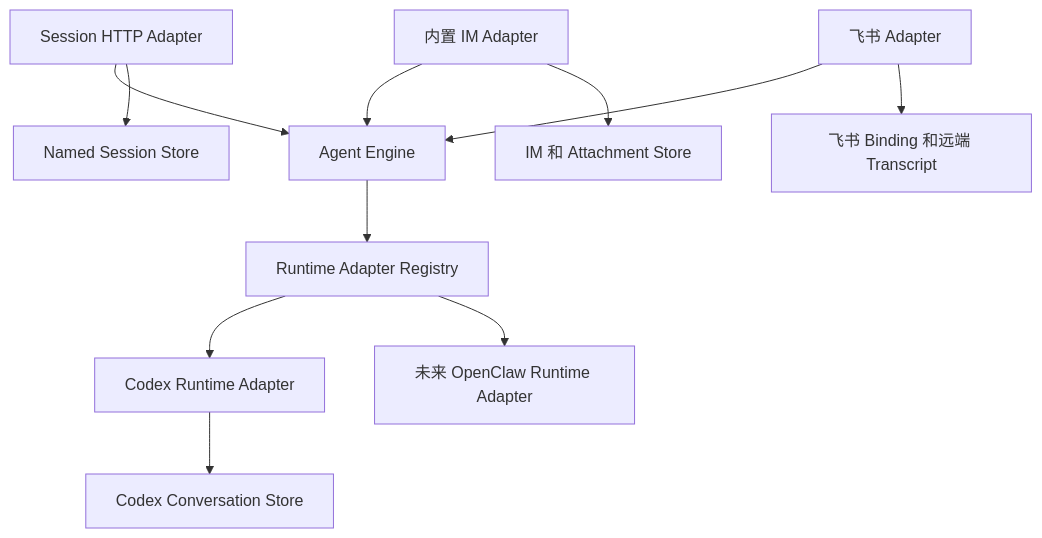
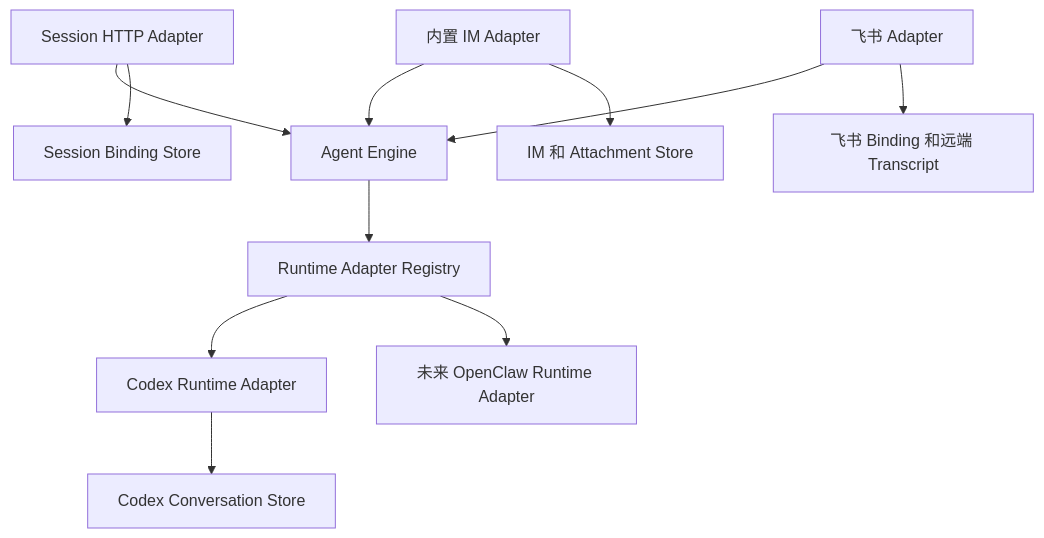
One commit to OpenCSGs/csgclaw changed the diagram in docs/tech/agent-engine-decoupling.zh.md. Above: the diagram before and after it, drawn with Mermaid. The commit also changed other lines of this file and 2 other files, not shown here.

Commit message:
docs(agent-engine): Enhance contact of Agent lifecycle and session binding

````diff
--- a/docs/tech/agent-engine-decoupling.zh.md
+++ b/docs/tech/agent-engine-decoupling.zh.md
@@ -104,15 +104,15 @@
 ```mermaid
 flowchart TB
     Session["Session HTTP Adapter"] --> Engine["Agent Engine"]
     IM["内置 IM Adapter"] --> Engine
     Feishu["飞书 Adapter"] --> Engine
 
     Engine --> Registry["Runtime Adapter Registry"]
     Registry --> Codex["Codex Runtime Adapter"]
     Registry --> OpenClaw["未来 OpenClaw Runtime Adapter"]
 
-    Session --> Named["Named Session Store"]
+    Session --> Binding["Session Binding Store"]
     IM --> IMStore["IM 和 Attachment Store"]
     Feishu --> FeishuState["飞书 Binding 和远端 Transcript"]
     Codex --> CodexStore["Codex Conversation Store"]
 ```
````
